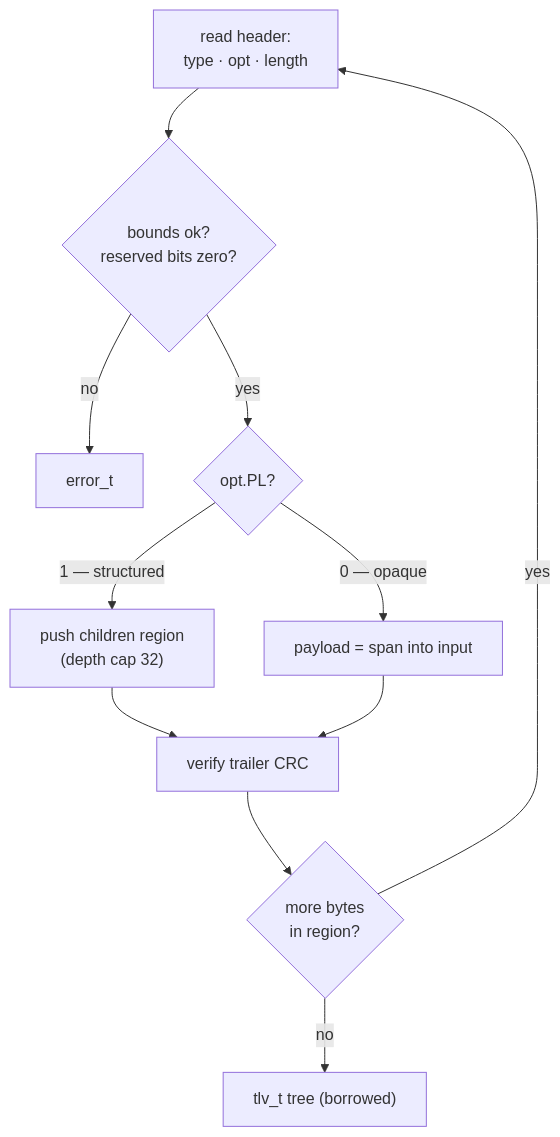
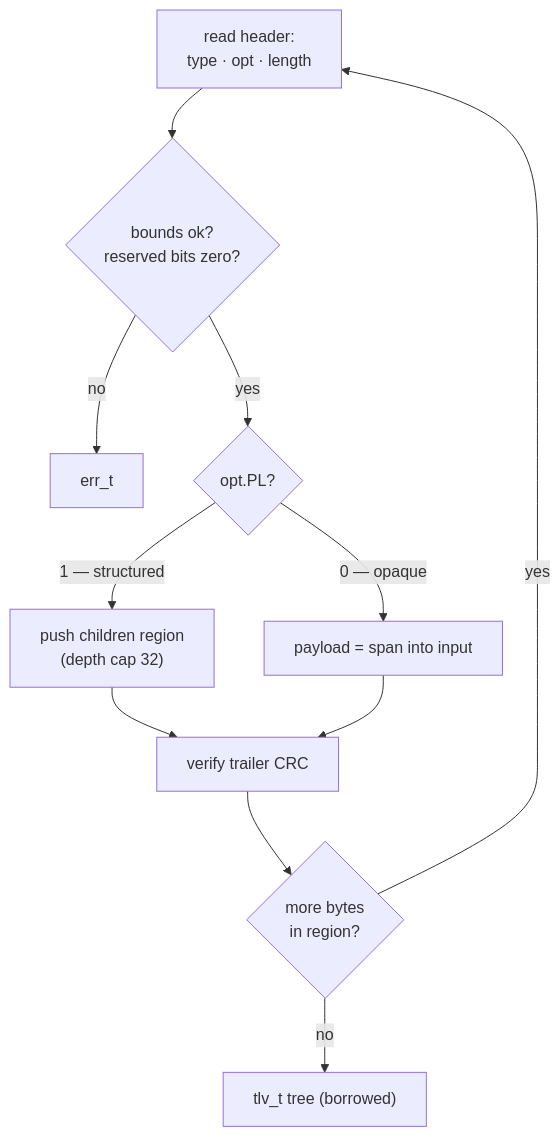
One commit to avatarsd-llc/libtracer changed the diagram in docs/modules/frame-codec.md. Above: the diagram before and after it, drawn with Mermaid. The commit also changed other lines of this file and 2 other files, not shown here.

````diff
--- a/docs/modules/frame-codec.md
+++ b/docs/modules/frame-codec.md
@@ -22,13 +22,13 @@
 ```{mermaid}
 flowchart TD
     H["read header:<br/>type · opt · length"] --> V{"bounds ok?<br/>reserved bits zero?"}
-    V -->|no| E["error_t"]
+    V -->|no| E["err_t"]
     V -->|yes| P{"opt.PL?"}
     P -->|"1 — structured"| C["push children region<br/>(depth cap 32)"]
     P -->|"0 — opaque"| O["payload = span into input"]
     C --> T["verify trailer CRC"]
     O --> T
     T --> N{"more bytes<br/>in region?"}
     N -->|yes| H
     N -->|no| D["tlv_t tree (borrowed)"]
 ```
````
